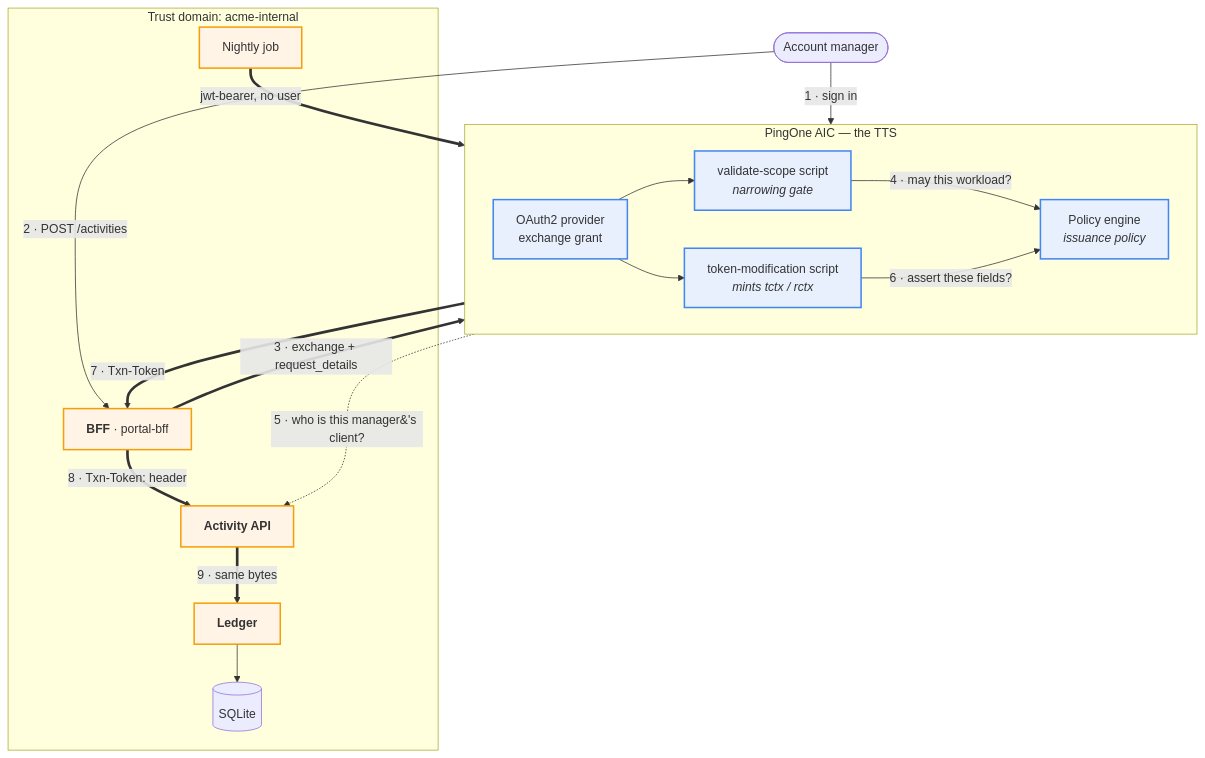
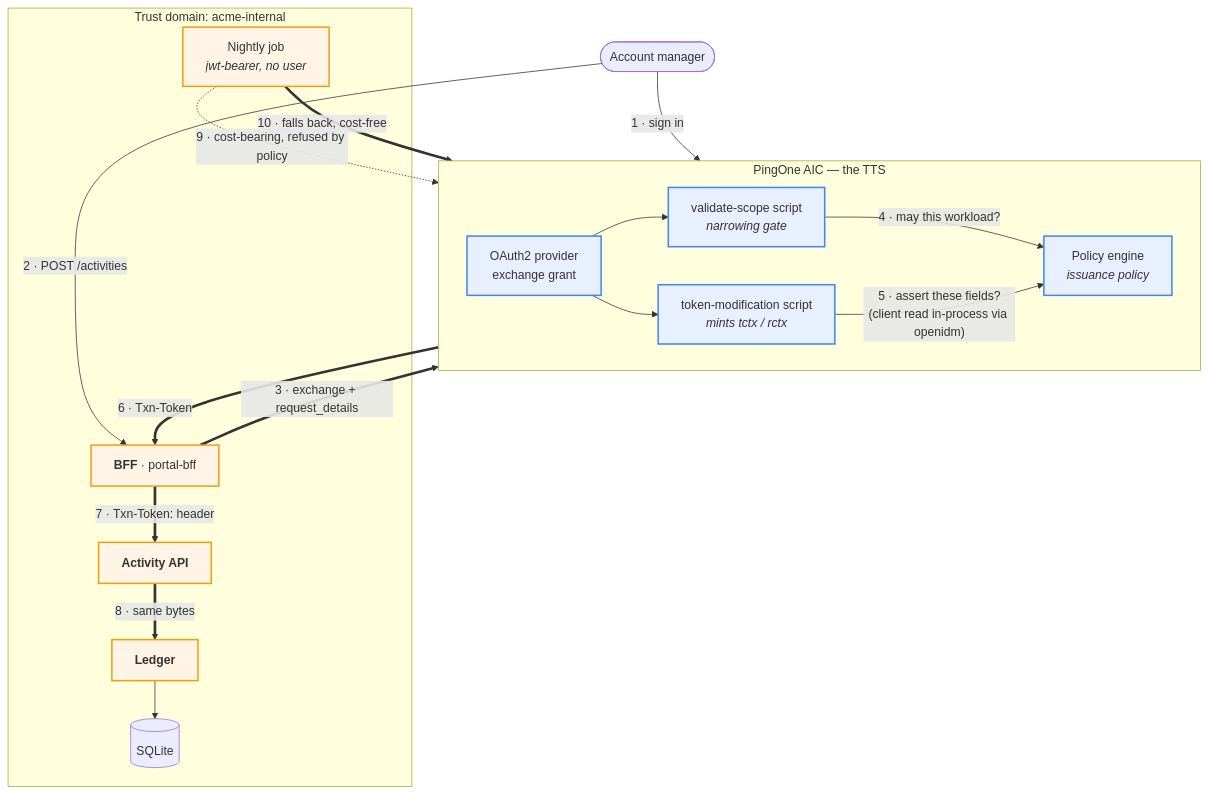
One commit to dbalmain/aic-demos changed the diagram in transaction-tokens/ARCHITECTURE.md. Above: the diagram before and after it, drawn with Mermaid. The commit also changed other lines of this file and 2 other files, not shown here.

First line of the commit message:
docs(transaction-tokens): resolve manager-client relationship in AIC

````diff
--- a/transaction-tokens/ARCHITECTURE.md
+++ b/transaction-tokens/ARCHITECTURE.md
@@ -32,39 +33,39 @@
 ```mermaid
 flowchart TB
     U(["Account manager"])
 
     subgraph aic ["PingOne AIC — the TTS"]
         direction LR
         AM["OAuth2 provider<br/>exchange grant"]
         VS["validate-scope script<br/><i>narrowing gate</i>"]
         ATM["token-modification script<br/><i>mints tctx / rctx</i>"]
         PDP["Policy engine<br/><i>issuance policy</i>"]
     end
 
     subgraph td ["Trust domain: acme-internal"]
         BFF["<b>BFF</b> · portal-bff"]
         API["<b>Activity API</b>"]
         LED["<b>Ledger</b>"]
-        JOB["Nightly job"]
+        JOB["Nightly job<br/><i>jwt-bearer, no user</i>"]
         DB[("SQLite")]
     end
 
     U -->|"1 · sign in"| AM
     U -->|"2 · POST /activities"| BFF
     BFF ==>|"3 · exchange + request_details"| AM
     AM --> VS
     VS -->|"4 · may this workload?"| PDP
     AM --> ATM
-    ATM -.->|"5 · who is this manager&#39;s client?"| API
-    ATM -->|"6 · assert these fields?"| PDP
-    AM ==>|"7 · Txn-Token"| BFF
-    BFF ==>|"8 · Txn-Token: header"| API
-    API ==>|"9 · same bytes"| LED
+    ATM -->|"5 · assert these fields?<br/>(client read in-process via openidm)"| PDP
+    AM ==>|"6 · Txn-Token"| BFF
+    BFF ==>|"7 · Txn-Token: header"| API
+    API ==>|"8 · same bytes"| LED
     LED --> DB
-    JOB ==>|"jwt-bearer, no user"| AM
+    JOB -.->|"9 · cost-bearing, refused by policy"| AM
+    JOB ==>|"10 · falls back, cost-free"| AM
 
     classDef a fill:#e8f0fe,stroke:#4285f4,stroke-width:2px
     classDef t fill:#fff4e5,stroke:#f59e0b,stroke-width:2px
     class AM,VS,ATM,PDP a
     class BFF,API,LED,JOB t
 ```
````
